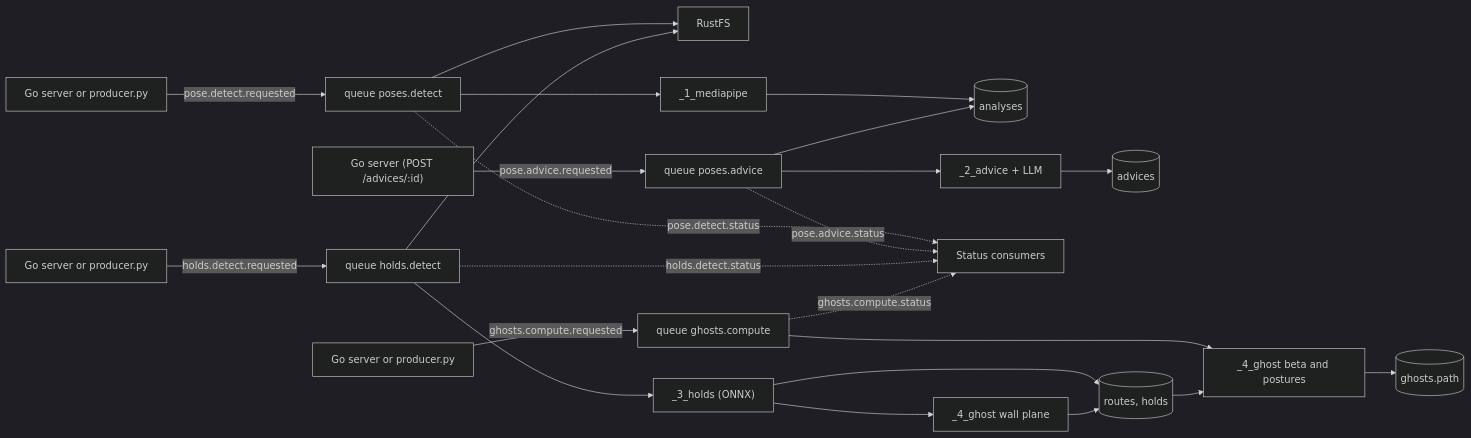
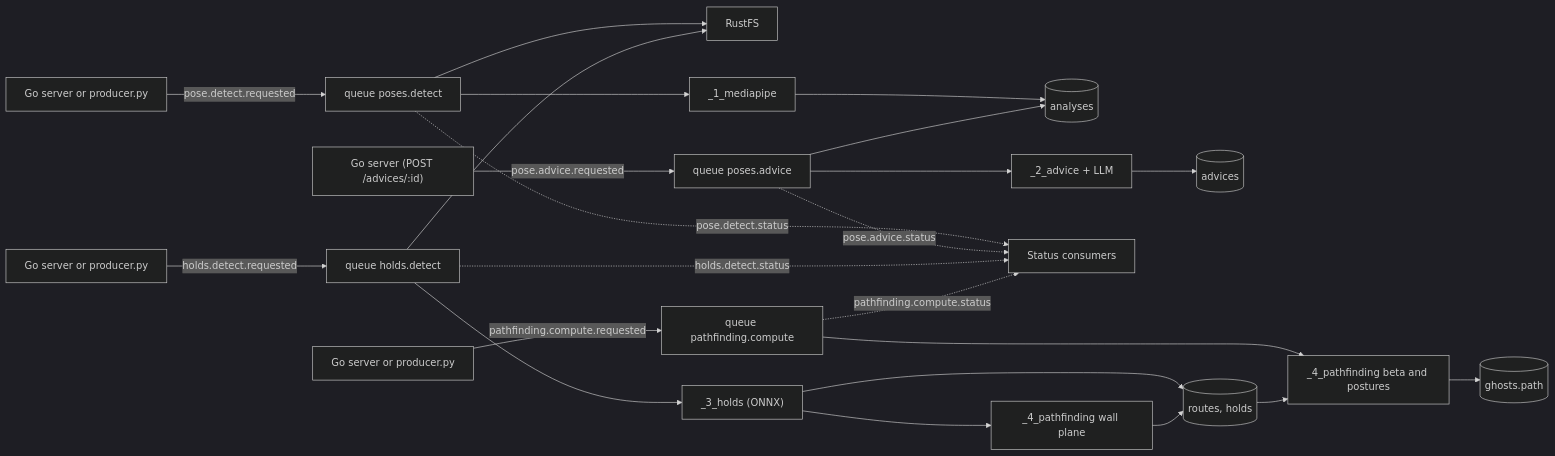
The diagram in apps/ai/README.md (Ascension-EIP/Ascension), drawn with Mermaid (dark theme) before and after one commit. The commit also changed other lines of this file and 40 other files, not shown here.

First line of the commit message:
rename(ai): rename the ghost computation to pathfinding

````diff
--- a/apps/ai/README.md
+++ b/apps/ai/README.md
@@ -35,25 +35,25 @@
 ```mermaid
 flowchart LR
     Producer["Go server or producer.py"] -->|"pose.detect.requested"| Detect["queue poses.detect"]
     Detect --> S3["RustFS"]
     Detect --> Steps["_1_mediapipe"]
     Steps --> DB[("analyses")]
     Server["Go server (POST /advices/:id)"] -->|"pose.advice.requested"| Advice["queue poses.advice"]
     Advice --> DB
     Advice --> LLM["_2_advice + LLM"]
     LLM --> ADV[("advices")]
     Detect -.->|"pose.detect.status"| Events["Status consumers"]
     Advice -.->|"pose.advice.status"| Events
     RouteServer["Go server or producer.py"] -->|"holds.detect.requested"| Holds["queue holds.detect"]
     Holds --> S3
     Holds --> HoldSteps["_3_holds (ONNX)"]
     HoldSteps --> HDB[("routes, holds")]
     Holds -.->|"holds.detect.status"| Events
-    HoldSteps --> Wall["_4_ghost wall plane"]
+    HoldSteps --> Wall["_4_pathfinding wall plane"]
     Wall --> HDB
-    GhostServer["Go server or producer.py"] -->|"ghosts.compute.requested"| Ghosts["queue ghosts.compute"]
-    Ghosts --> GhostSteps["_4_ghost beta and postures"]
-    HDB --> GhostSteps
-    GhostSteps --> GDB[("ghosts.path")]
-    Ghosts -.->|"ghosts.compute.status"| Events
+    PathServer["Go server or producer.py"] -->|"pathfinding.compute.requested"| PathQueue["queue pathfinding.compute"]
+    PathQueue --> PathSteps["_4_pathfinding beta and postures"]
+    HDB --> PathSteps
+    PathSteps --> GDB[("ghosts.path")]
+    PathQueue -.->|"pathfinding.compute.status"| Events
 ```
````
